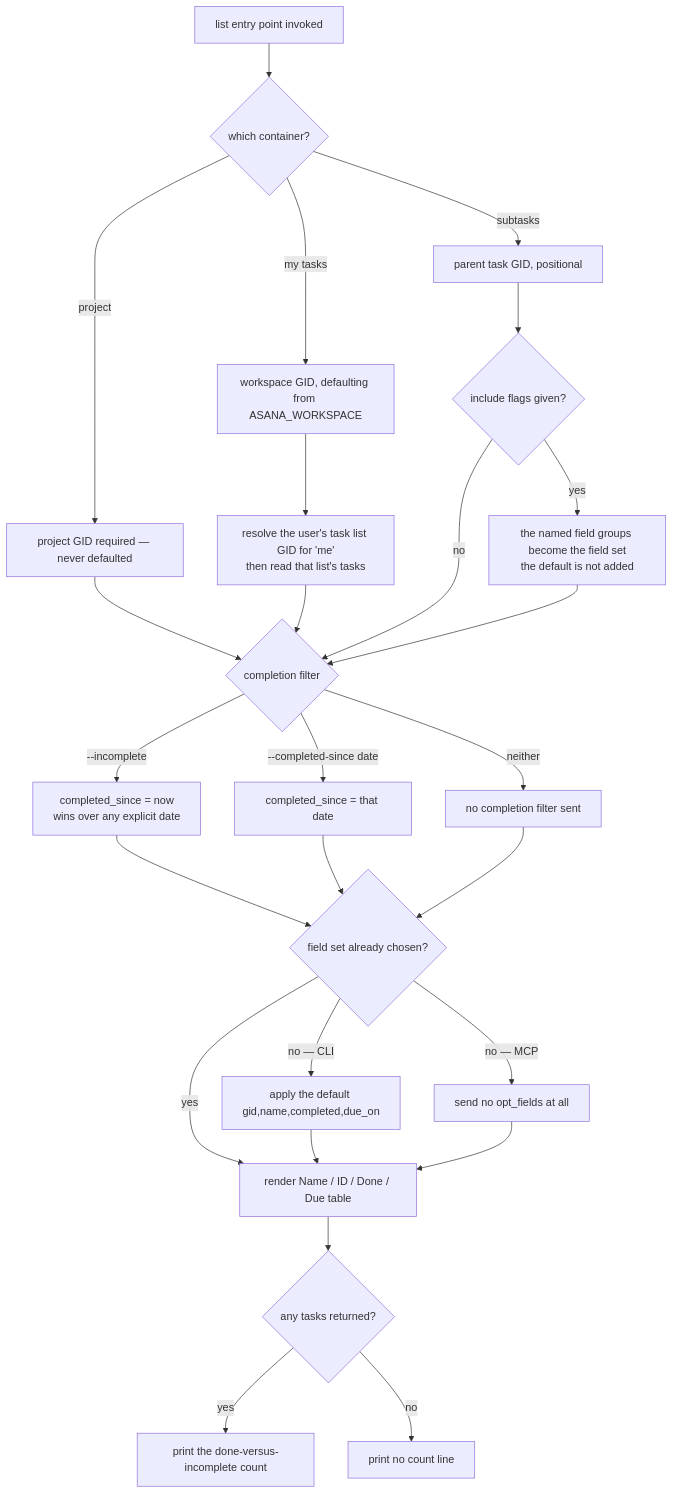
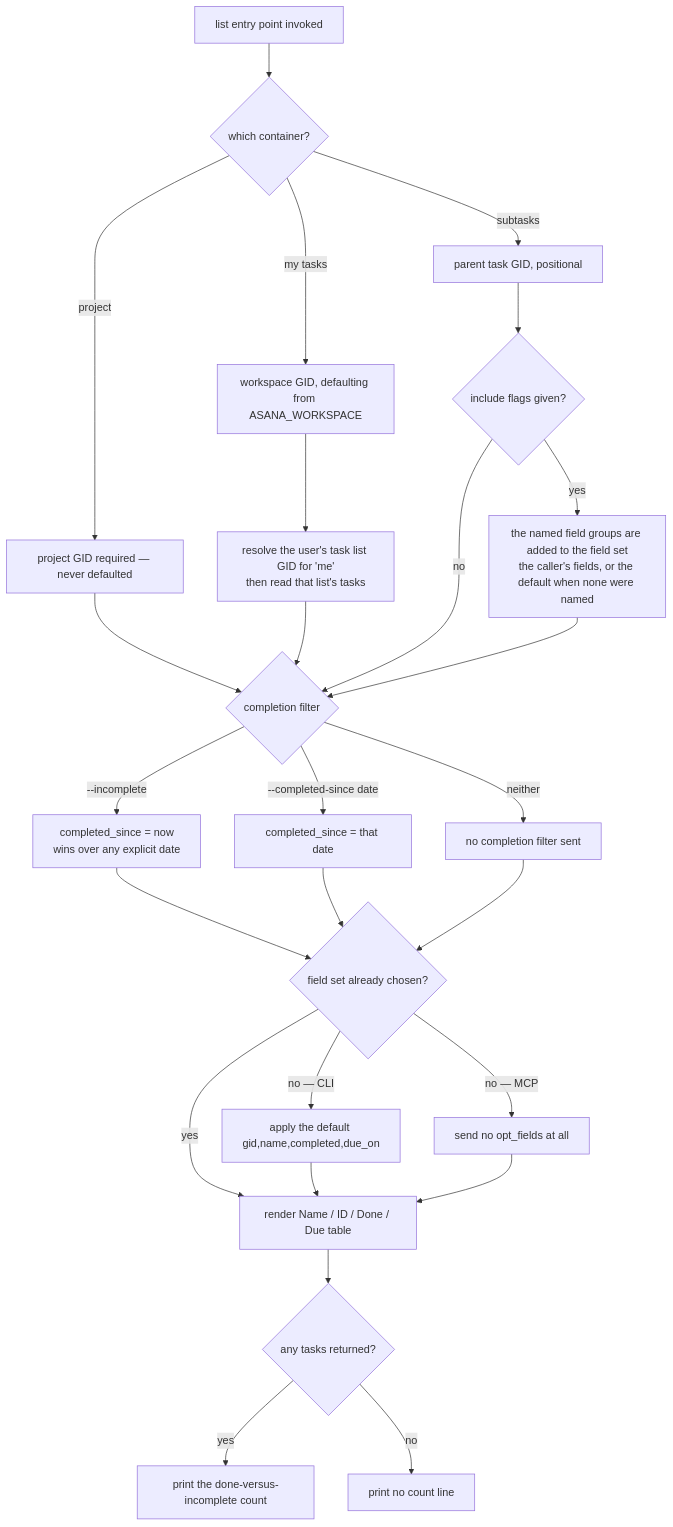
One commit to cyberuni/asana-agent changed the first of 5 diagrams in packages/cyber-asana/.agents/spec/tasks/README.md. Above: the diagram before and after it, drawn with Mermaid. The commit also changed other lines of this file and 3 other files, not shown here.

First line of the commit message:
fix(tasks): union subtask include flags with the default field set

````diff
--- a/packages/cyber-asana/.agents/spec/tasks/README.md
+++ b/packages/cyber-asana/.agents/spec/tasks/README.md
@@ -164,28 +164,28 @@
 ```mermaid
 graph TD
   L[list entry point invoked] --> LC{which container?}
   LC -->|project| LCP[project GID required — never defaulted]
   LC -->|my tasks| LCM[workspace GID, defaulting from ASANA_WORKSPACE]
   LC -->|subtasks| LCS[parent task GID, positional]
   LCM --> LCM2[resolve the user's task list GID for 'me'<br/>then read that list's tasks]
   LCP --> LI{completion filter}
   LCS --> LF{include flags given?}
   LCM2 --> LI
-  LF -->|yes| LFA[the named field groups become the field set<br/>the default is not added]
+  LF -->|yes| LFA[the named field groups are added to the field set<br/>the caller's fields, or the default when none were named]
   LF -->|no| LI
   LFA --> LI
   LI -->|--incomplete| LIN[completed_since = now<br/>wins over any explicit date]
   LI -->|--completed-since date| LID[completed_since = that date]
   LI -->|neither| LIO[no completion filter sent]
   LIN --> LD{field set already chosen?}
   LID --> LD
   LIO --> LD
   LD -->|no — CLI| LDD[apply the default gid,name,completed,due_on]
   LD -->|no — MCP| LDM[send no opt_fields at all]
   LD -->|yes| LR
   LDD --> LR[render Name / ID / Done / Due table]
   LDM --> LR
   LR --> LS{any tasks returned?}
   LS -->|yes| LSY[print the done-versus-incomplete count]
   LS -->|no| LSN[print no count line]
 ```
````
